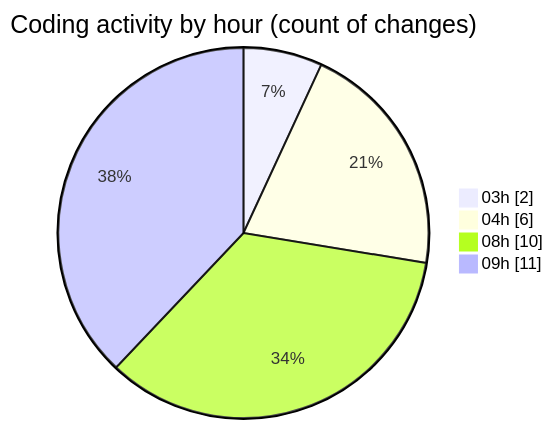
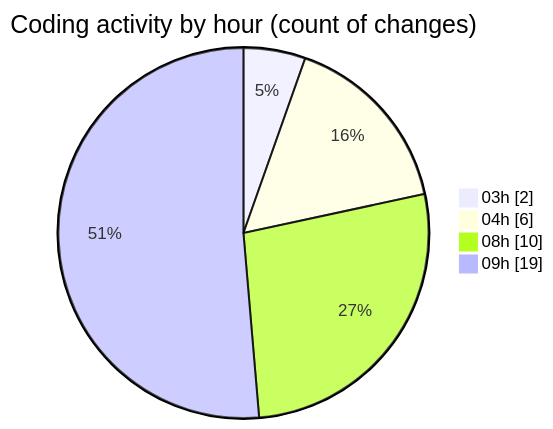
Before and after one commit to tmsrecording-cyber/code-tracking: the second of 2 diagrams in 2026-02-07/singularitybrainai/README.md, drawn with Mermaid. The commit also changed other lines of this file and 1 other file, not shown here.

````diff
--- a/2026-02-07/singularitybrainai/README.md
+++ b/2026-02-07/singularitybrainai/README.md
@@ -38,8 +45,8 @@
 ```mermaid
 pie showData
 title Coding activity by hour (count of changes)
 "03h" : 2
 "04h" : 6
 "08h" : 10
-"09h" : 11
+"09h" : 19
 ```
````
